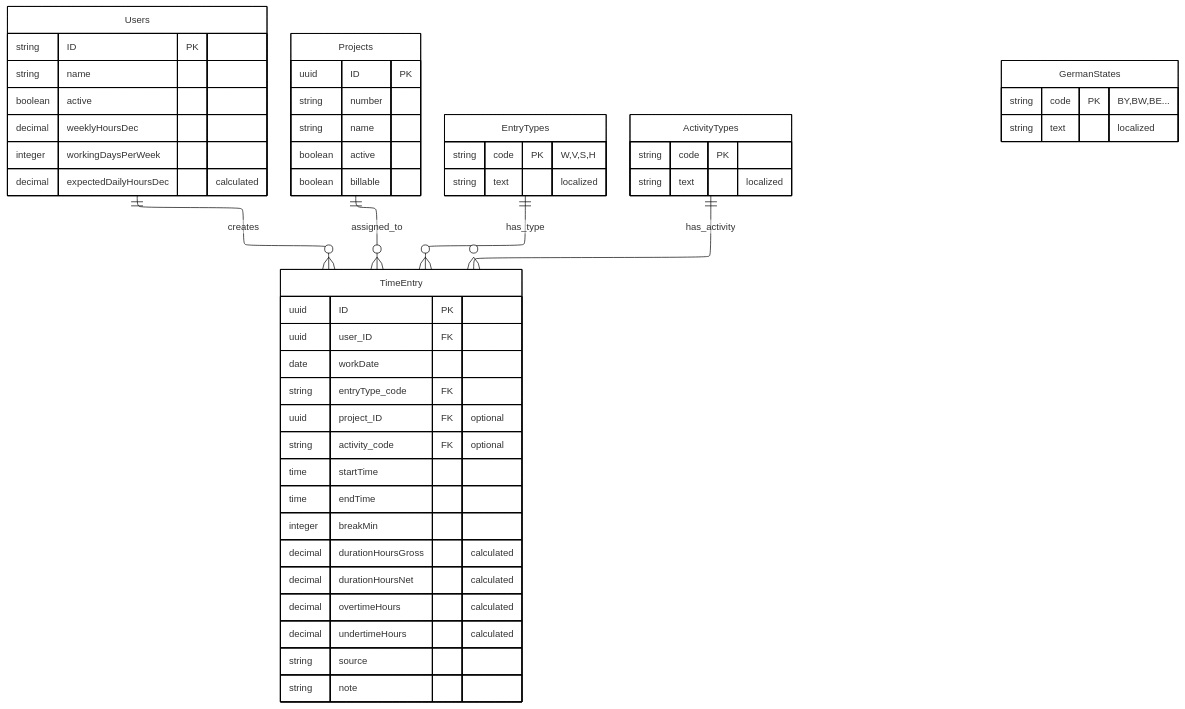
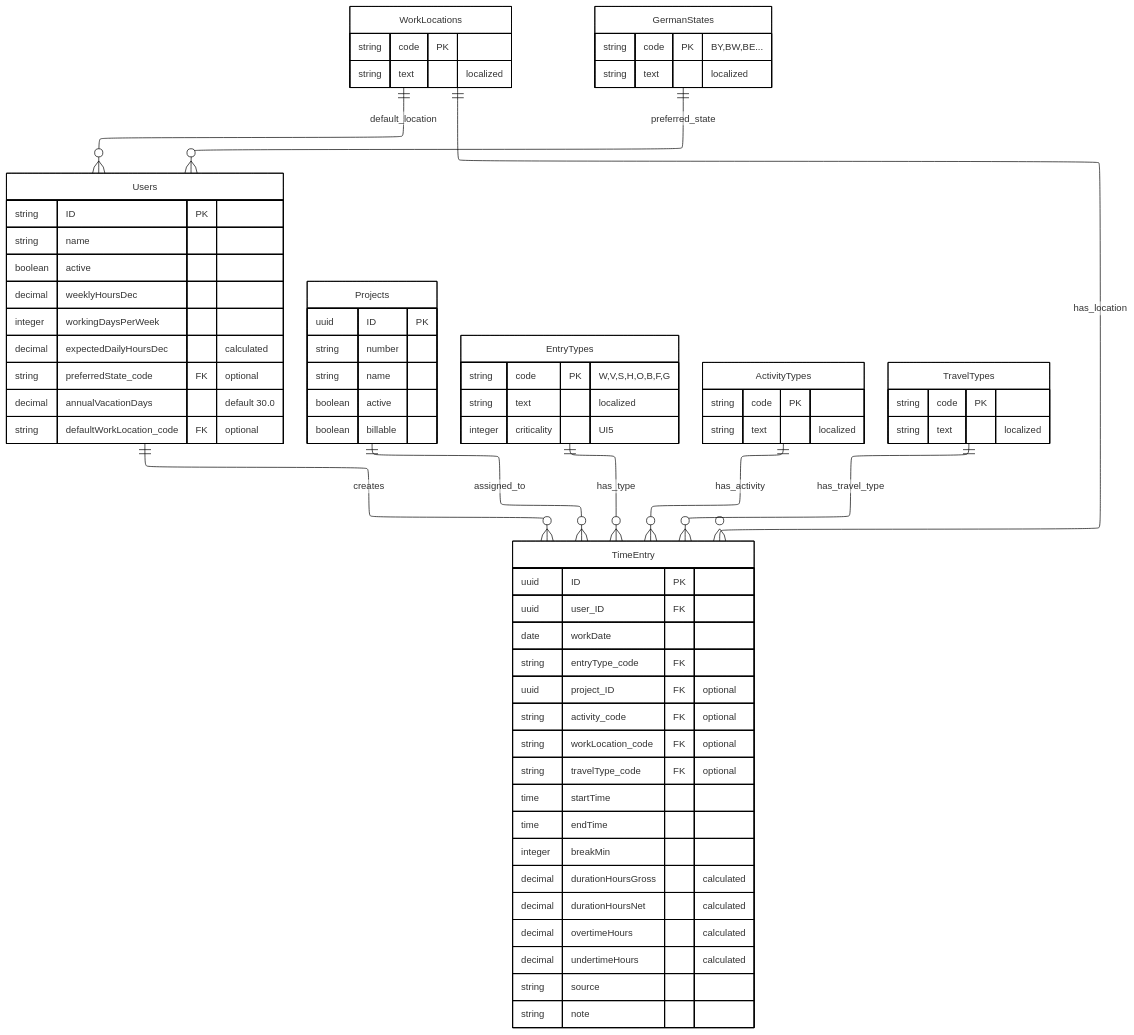
One commit to nimble-123/cap-fiori-timetracking changed the second of 5 diagrams in README.md. Above: the diagram before and after it, drawn with Mermaid. The commit also changed other lines of this file, not shown here.

```diff
--- a/README.md
+++ b/README.md
@@ -265,6 +274,10 @@
     Projects ||--o{ TimeEntry : assigned_to
     EntryTypes ||--o{ TimeEntry : has_type
     ActivityTypes ||--o{ TimeEntry : has_activity
+    WorkLocations ||--o{ TimeEntry : has_location
+    TravelTypes ||--o{ TimeEntry : has_travel_type
+    GermanStates ||--o{ Users : preferred_state
+    WorkLocations ||--o{ Users : default_location
 
     Users {
         string ID PK
@@ -273,6 +286,9 @@
         decimal weeklyHoursDec
         integer workingDaysPerWeek
         decimal expectedDailyHoursDec "calculated"
+        string preferredState_code FK "optional"
+        decimal annualVacationDays "default 30.0"
+        string defaultWorkLocation_code FK "optional"
     }
 
     TimeEntry {
@@ -282,6 +298,8 @@
         string entryType_code FK
         uuid project_ID FK "optional"
         string activity_code FK "optional"
+        string workLocation_code FK "optional"
+        string travelType_code FK "optional"
         time startTime
         time endTime
         integer breakMin
@@ -302,11 +320,22 @@
     }
 
     EntryTypes {
-        string code PK "W,V,S,H"
+        string code PK "W,V,S,H,O,B,F,G"
+        string text "localized"
+        integer criticality "UI5"
+    }
+
+    ActivityTypes {
+        string code PK
         string text "localized"
     }
 
-    ActivityTypes {
+    WorkLocations {
+        string code PK
+        string text "localized"
+    }
+
+    TravelTypes {
         string code PK
         string text "localized"
     }
```
